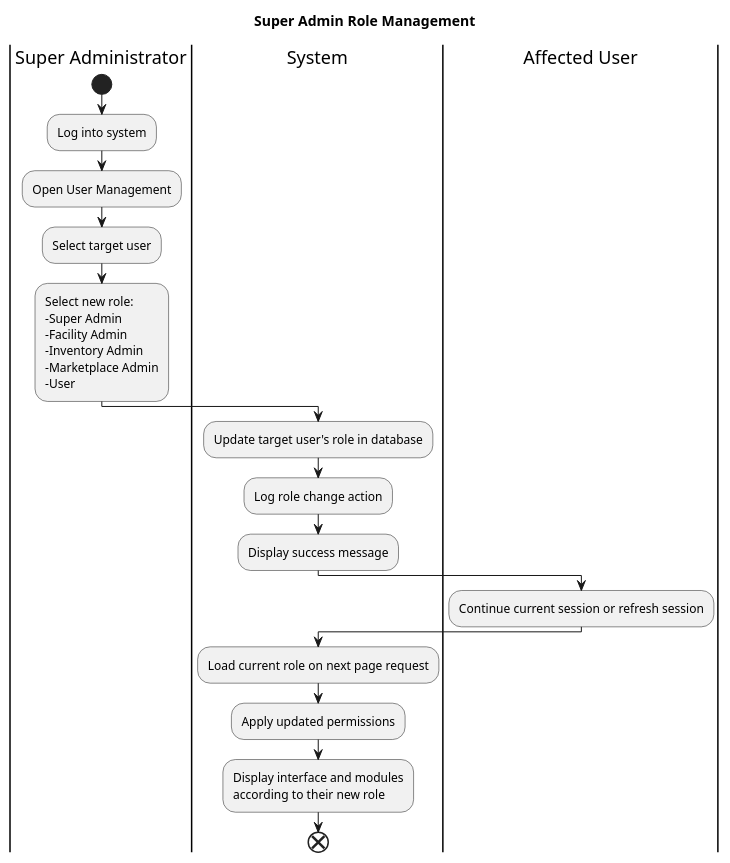
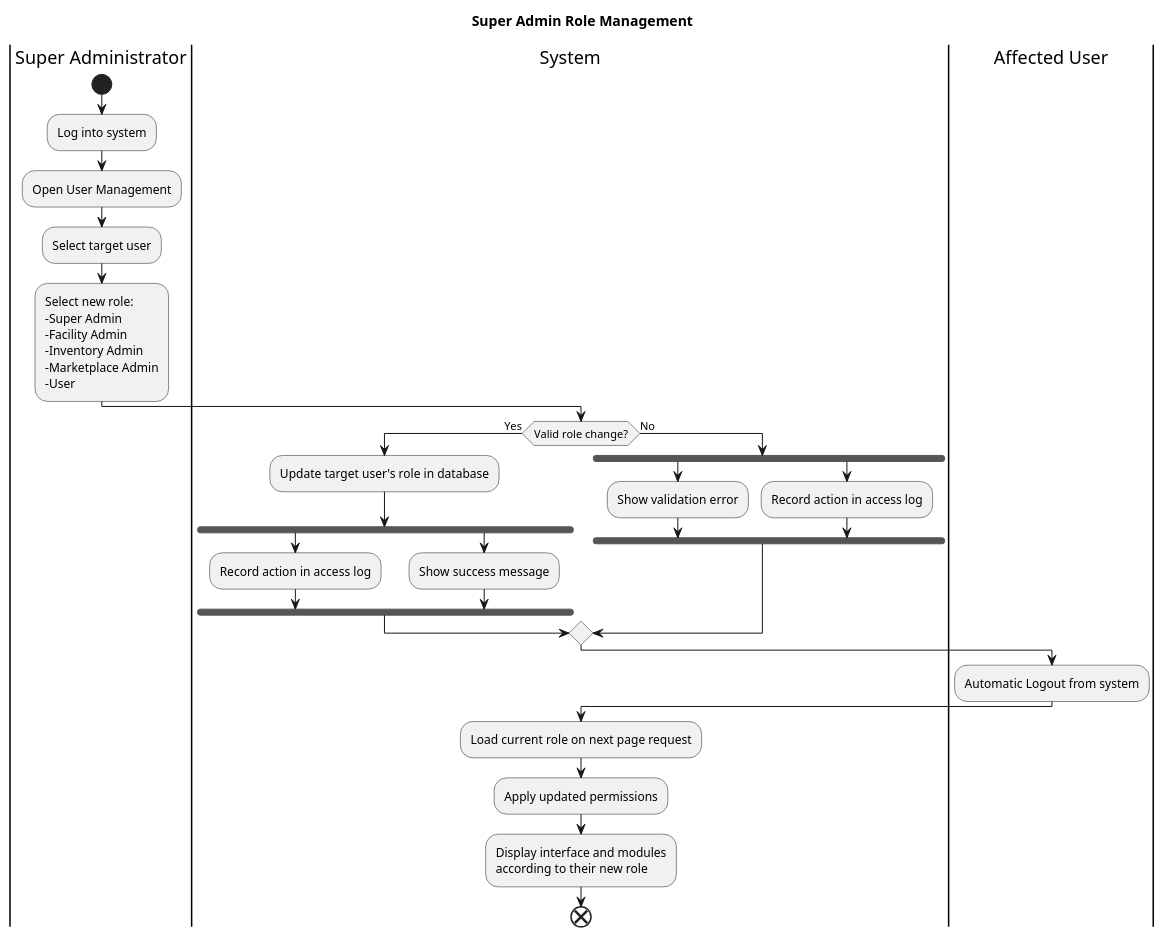
One commit to JanPerez35/PlantUML changed the diagram in activityDiagrams/Site Admin Role Management.puml. Above: the diagram before and after it, drawn with PlantUML. The commit also changed 26 other files, not shown here.

Commit message:
Updates use case diagrams and activity diagrams

```diff
--- a/activityDiagrams/Site Admin Role Management.puml
+++ b/activityDiagrams/Site Admin Role Management.puml
@@ -1,30 +1,44 @@
 @startuml
 title Super Admin Role Management
 
 |Super Administrator|
 start
 :Log into system;
 :Open User Management;
 :Select target user;
 :Select new role:
 -Super Admin
 -Facility Admin
 -Inventory Admin
 -Marketplace Admin
 -User;
 
 |System|
-:Update target user's role in database;
-:Log role change action;
-:Display success message;
+if (Valid role change?) then (Yes)
+    :Update target user's role in database;
+
+    fork
+      :Record action in access log;
+    fork again
+      :Show success message;
+    end fork
+
+  else (No)
+  fork
+    :Show validation error;
+    fork again;
+    :Record action in access log;
+    end fork
+  endif
+
 
 |Affected User|
-:Continue current session or refresh session;
+:Automatic Logout from system;
 
 |System|
 :Load current role on next page request;
 :Apply updated permissions;
 :Display interface and modules\naccording to their new role;
 
 end
 @enduml
```
